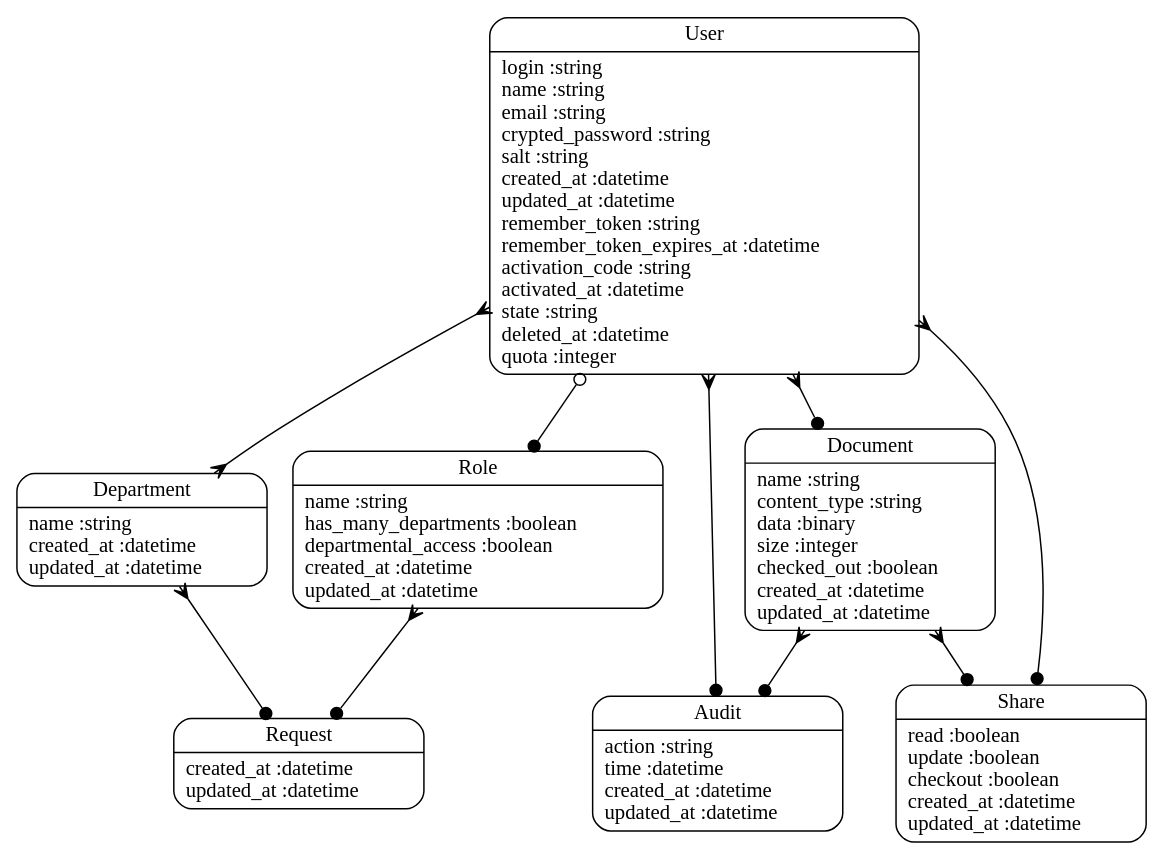
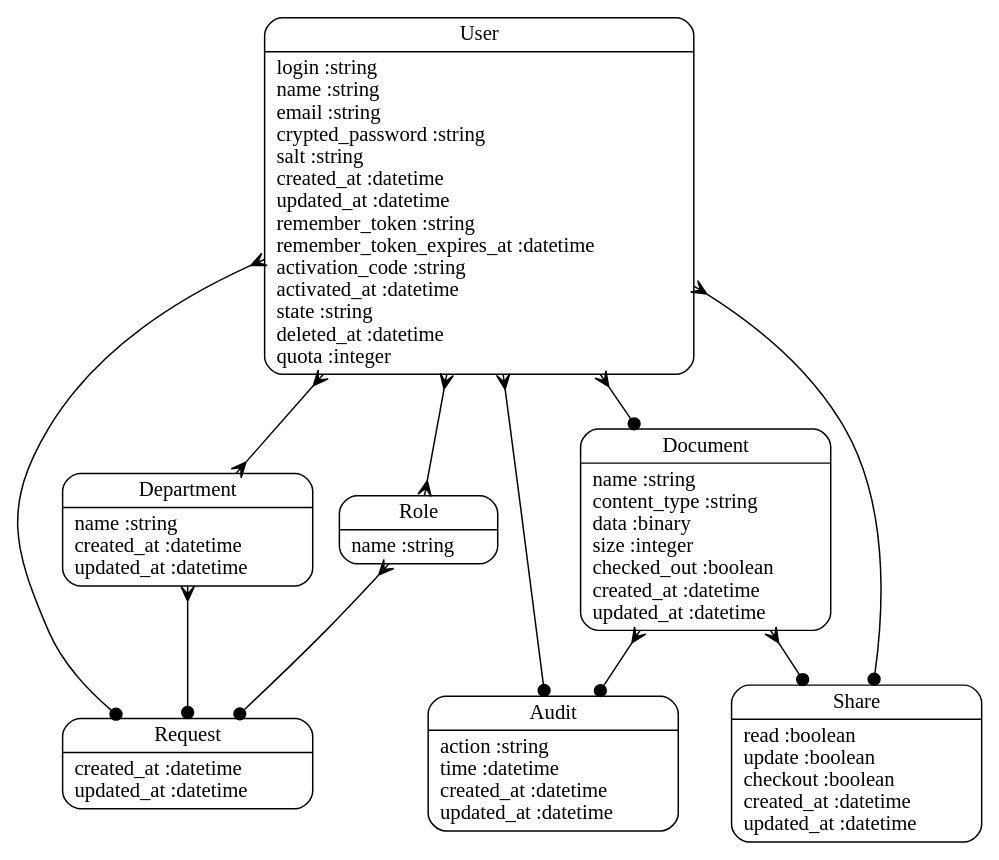
The diagram in doc/full_models.dot (AnthonyDiGirolamo/dms), drawn with Graphviz before and after one commit. The commit also changed 16 other files, not shown here.

```diff
--- a/doc/full_models.dot
+++ b/doc/full_models.dot
@@ -1,19 +1,20 @@
 digraph models_diagram {
 	graph[overlap=false, splines=true]
 	"User" [shape=Mrecord, label="{User|login :string\lname :string\lemail :string\lcrypted_password :string\lsalt :string\lcreated_at :datetime\lupdated_at :datetime\lremember_token :string\lremember_token_expires_at :datetime\lactivation_code :string\lactivated_at :datetime\lstate :string\ldeleted_at :datetime\lquota :integer\l}"]
 	"Request" [shape=Mrecord, label="{Request|created_at :datetime\lupdated_at :datetime\l}"]
 	"Department" [shape=Mrecord, label="{Department|name :string\lcreated_at :datetime\lupdated_at :datetime\l}"]
 	"Document" [shape=Mrecord, label="{Document|name :string\lcontent_type :string\ldata :binary\lsize :integer\lchecked_out :boolean\lcreated_at :datetime\lupdated_at :datetime\l}"]
-	"Role" [shape=Mrecord, label="{Role|name :string\lhas_many_departments :boolean\ldepartmental_access :boolean\lcreated_at :datetime\lupdated_at :datetime\l}"]
+	"Role" [shape=Mrecord, label="{Role|name :string\l}"]
 	"Audit" [shape=Mrecord, label="{Audit|action :string\ltime :datetime\lcreated_at :datetime\lupdated_at :datetime\l}"]
 	"Share" [shape=Mrecord, label="{Share|read :boolean\lupdate :boolean\lcheckout :boolean\lcreated_at :datetime\lupdated_at :datetime\l}"]
-	"User" -> "Department" [arrowtail=crow, arrowhead=crow, dir=both]
+	"User" -> "Request" [arrowtail=crow, arrowhead=dot, dir=both]
 	"User" -> "Document" [arrowtail=crow, arrowhead=dot, dir=both]
-	"User" -> "Role" [arrowtail=odot, arrowhead=dot, dir=both]
 	"User" -> "Audit" [arrowtail=crow, arrowhead=dot, dir=both]
 	"User" -> "Share" [arrowtail=crow, arrowhead=dot, dir=both]
+	"User" -> "Role" [arrowtail=crow, arrowhead=crow, dir=both]
+	"User" -> "Department" [arrowtail=crow, arrowhead=crow, dir=both]
 	"Department" -> "Request" [arrowtail=crow, arrowhead=dot, dir=both]
 	"Document" -> "Audit" [arrowtail=crow, arrowhead=dot, dir=both]
 	"Document" -> "Share" [arrowtail=crow, arrowhead=dot, dir=both]
 	"Role" -> "Request" [arrowtail=crow, arrowhead=dot, dir=both]
 }
```
